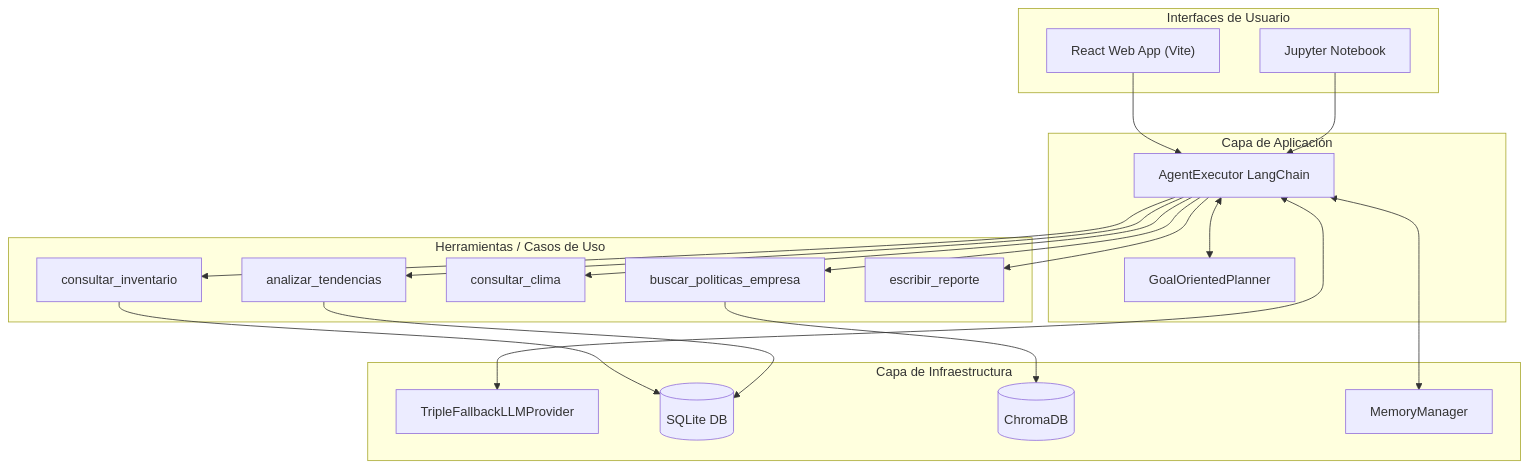
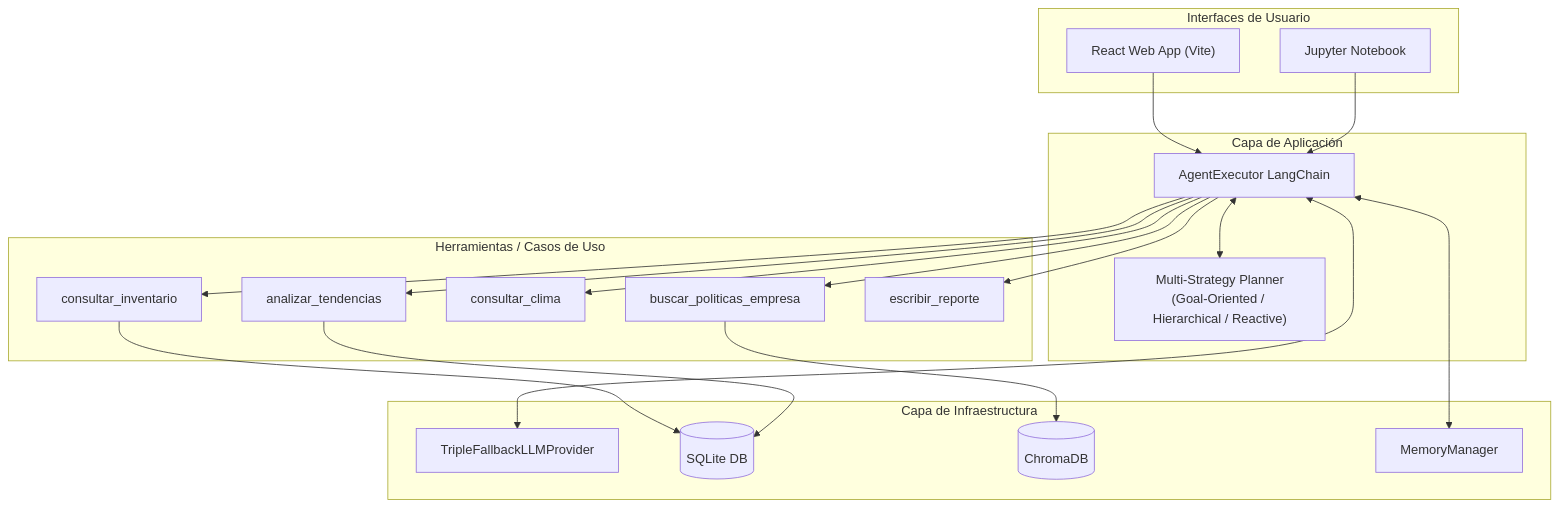
Before and after one commit to HecAguilaV/SolucionesIA: the diagram in docs/Arquitectura.md, drawn with Mermaid. The commit also changed other lines of this file and 5 other files, not shown here.

Commit message:
feat: implement goal-oriented, hierarchical and reactive planning strategies

````diff
--- a/docs/Arquitectura.md
+++ b/docs/Arquitectura.md
@@ -7,44 +7,44 @@
 ```mermaid
 graph TD
     subgraph UI ["Interfaces de Usuario"]
         React["React Web App (Vite)"]
         NB["Jupyter Notebook"]
     end
 
     subgraph App ["Capa de Aplicación"]
         AE["AgentExecutor LangChain"]
-        PLAN["GoalOrientedPlanner"]
+        PLAN["Multi-Strategy Planner<br/>(Goal-Oriented / Hierarchical / Reactive)"]
     end
 
     subgraph Dominio ["Herramientas / Casos de Uso"]
         T1["consultar_inventario"]
         T2["analizar_tendencias"]
         T3["consultar_clima"]
         T4["buscar_politicas_empresa"]
         T5["escribir_reporte"]
     end
 
     subgraph Infra ["Capa de Infraestructura"]
         LLM["TripleFallbackLLMProvider"]
         SQL[("SQLite DB")]
         VEC[("ChromaDB")]
         MEM["MemoryManager"]
     end
 
     React --> AE
     NB --> AE
     AE <--> PLAN
     
     AE --> T1
     AE --> T2
     AE --> T3
     AE --> T4
     AE --> T5
     
     T1 --> SQL
     T2 --> SQL
     T4 --> VEC
     
     AE <--> MEM
     AE <--> LLM
 ```
````
